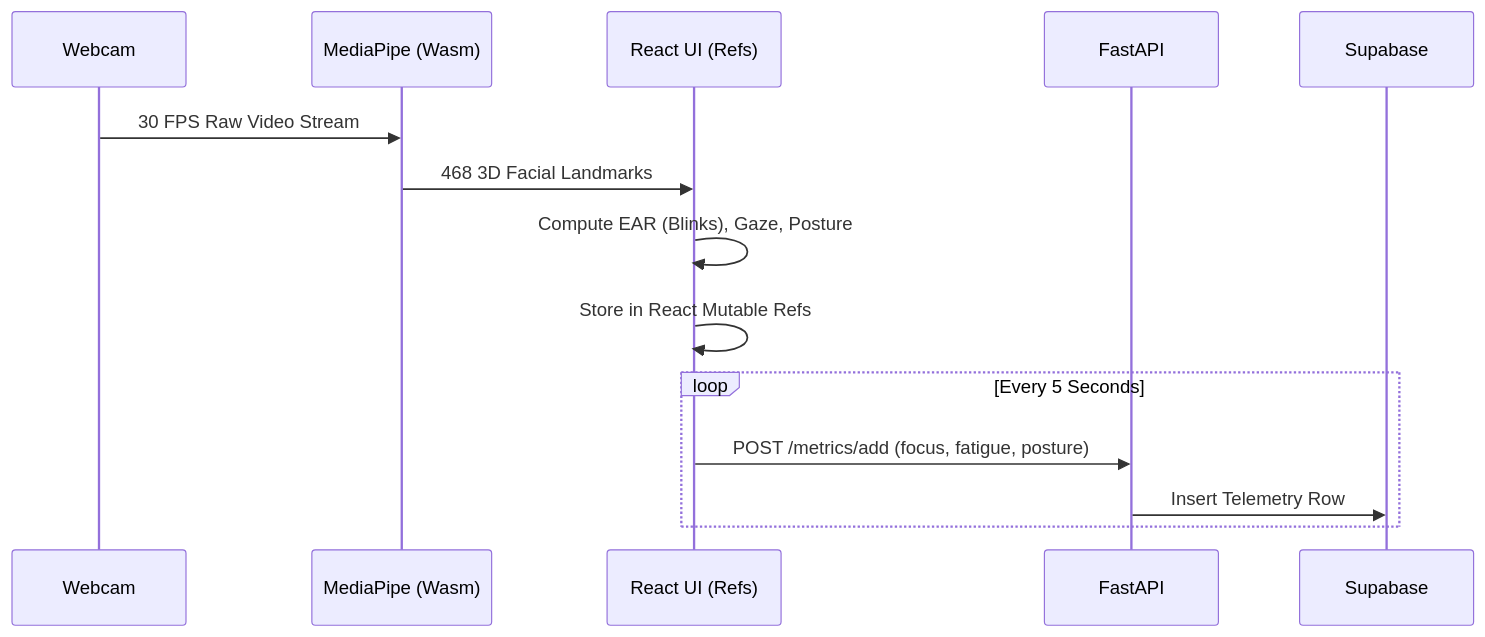
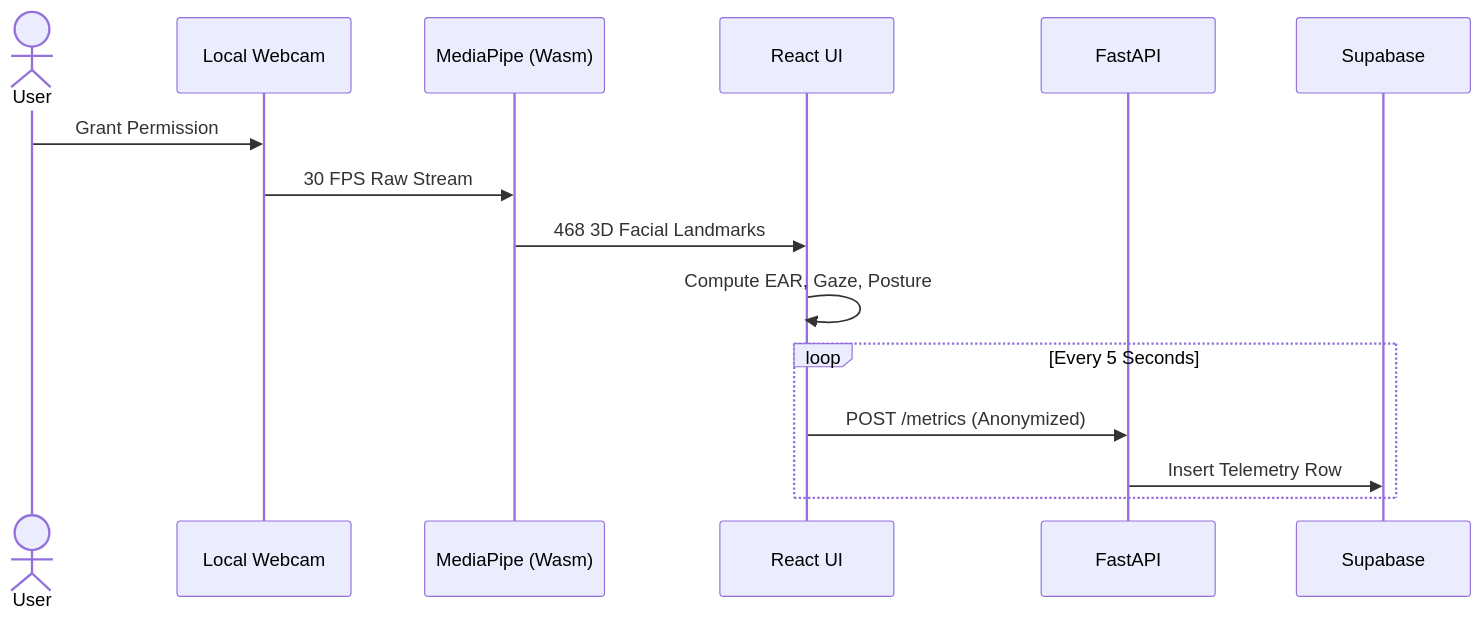
Before and after one commit to somiya-namdeo/Cognivue: the second of 2 diagrams in README.md, drawn with Mermaid. The commit also changed other lines of this file, not shown here.

````diff
--- a/README.md
+++ b/README.md
@@ -86,17 +79,18 @@
 ```mermaid
 sequenceDiagram
-    participant Cam as Webcam
+    actor User
+    participant Cam as Local Webcam
     participant MP as MediaPipe (Wasm)
-    participant UI as React UI (Refs)
+    participant UI as React UI
     participant API as FastAPI
     participant DB as Supabase
 
-    Cam->>MP: 30 FPS Raw Video Stream
+    User->>Cam: Grant Permission
+    Cam->>MP: 30 FPS Raw Stream
     MP->>UI: 468 3D Facial Landmarks
-    UI->>UI: Compute EAR (Blinks), Gaze, Posture
-    UI->>UI: Store in React Mutable Refs
+    UI->>UI: Compute EAR, Gaze, Posture
     loop Every 5 Seconds
-        UI->>API: POST /metrics/add (focus, fatigue, posture)
+        UI->>API: POST /metrics (Anonymized)
         API->>DB: Insert Telemetry Row
     end
 ```
````
